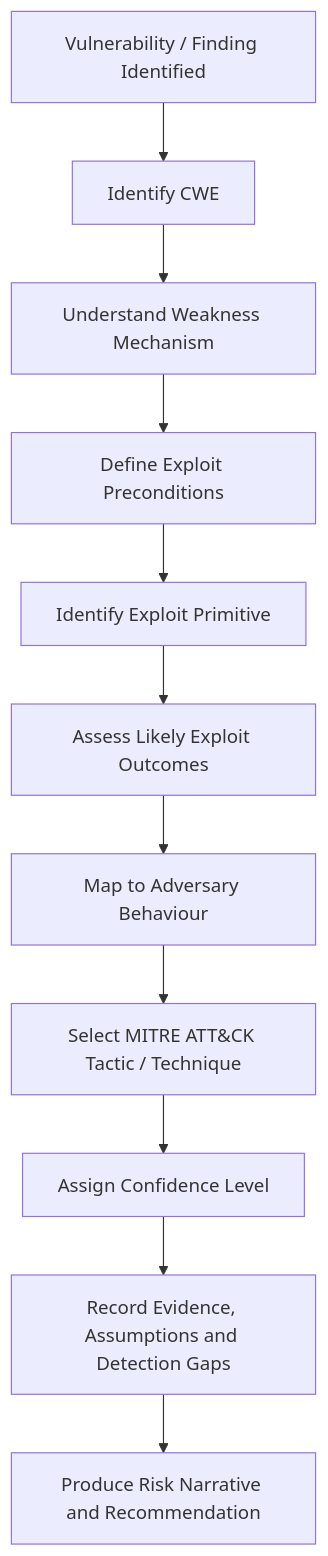
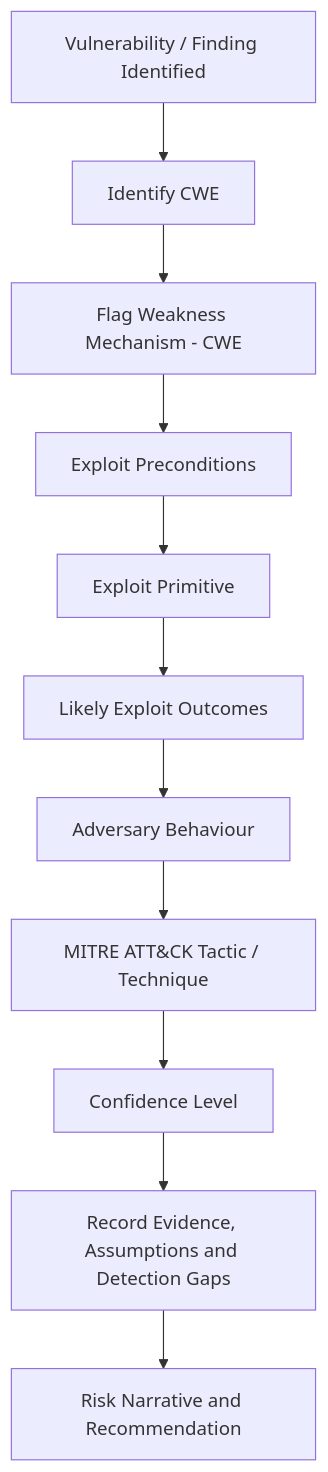
Before and after one commit to JoAnFe/JoAnFe: the diagram in README.md, drawn with Mermaid. The commit also changed other lines of this file, not shown here.

````diff
--- a/README.md
+++ b/README.md
@@ -7,13 +7,13 @@
 ```mermaid
 flowchart TD
     A[Vulnerability / Finding Identified] --> B[Identify CWE]
-    B --> C[Understand Weakness Mechanism]
-    C --> D[Define Exploit Preconditions]
-    D --> E[Identify Exploit Primitive]
-    E --> F[Assess Likely Exploit Outcomes]
-    F --> G[Map to Adversary Behaviour]
-    G --> H[Select MITRE ATT&CK Tactic / Technique]
-    H --> I[Assign Confidence Level]
+    B --> C[Flag Weakness Mechanism - CWE]
+    C --> D[Exploit Preconditions]
+    D --> E[Exploit Primitive]
+    E --> F[Likely Exploit Outcomes]
+    F --> G[Adversary Behaviour]
+    G --> H[MITRE ATT&CK Tactic / Technique]
+    H --> I[Confidence Level]
     I --> J[Record Evidence, Assumptions and Detection Gaps]
-    J --> K[Produce Risk Narrative and Recommendation]
+    J --> K[Risk Narrative and Recommendation]
 ```
````
